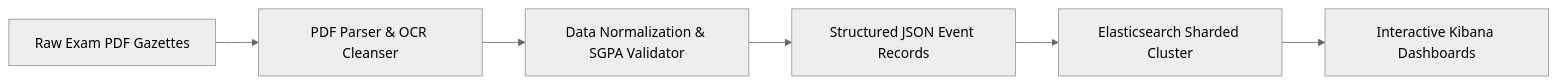
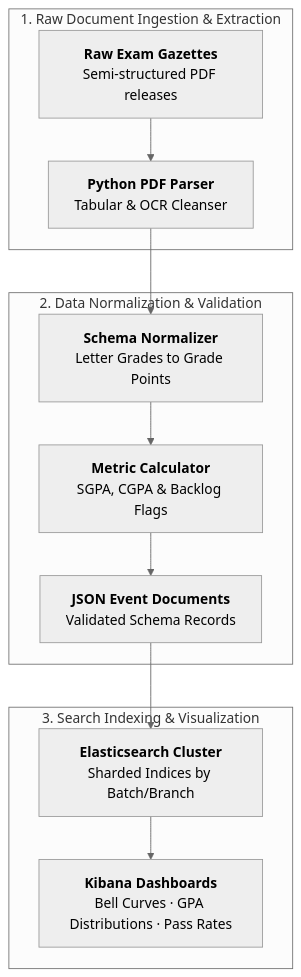
The diagram in content/projects/university-result-etl.md (pranp-official/pranp_dev_site), drawn with Mermaid (neutral theme) before and after one commit. The commit also changed 11 other files, not shown here.

Commit message:
feat(diagrams): redesign architectural pipeline diagrams across all project articles

````diff
--- a/content/projects/university-result-etl.md
+++ b/content/projects/university-result-etl.md
@@ -19,8 +19,17 @@
 ```mermaid
-flowchart LR
-  PDF[Raw Exam PDF Gazettes] --> Extractor[PDF Parser & OCR Cleanser]
-  Extractor --> Normalizer[Data Normalization & SGPA Validator]
-  Normalizer --> JSON[Structured JSON Event Records]
-  JSON --> ES[Elasticsearch Sharded Cluster]
-  ES --> Kibana[Interactive Kibana Dashboards]
+flowchart TD
+  subgraph Stage1["1. Raw Document Ingestion & Extraction"]
+    PDF["<b>Raw Exam Gazettes</b><br/>Semi-structured PDF releases"] --> Parser["<b>Python PDF Parser</b><br/>Tabular & OCR Cleanser"]
+  end
+
+  subgraph Stage2["2. Data Normalization & Validation"]
+    Parser --> Normalizer["<b>Schema Normalizer</b><br/>Letter Grades to Grade Points"]
+    Normalizer --> Calc["<b>Metric Calculator</b><br/>SGPA, CGPA & Backlog Flags"]
+    Calc --> JSON["<b>JSON Event Documents</b><br/>Validated Schema Records"]
+  end
+
+  subgraph Stage3["3. Search Indexing & Visualization"]
+    JSON --> ES["<b>Elasticsearch Cluster</b><br/>Sharded Indices by Batch/Branch"]
+    ES --> Kibana["<b>Kibana Dashboards</b><br/>Bell Curves · GPA Distributions · Pass Rates"]
+  end
 ```
````
